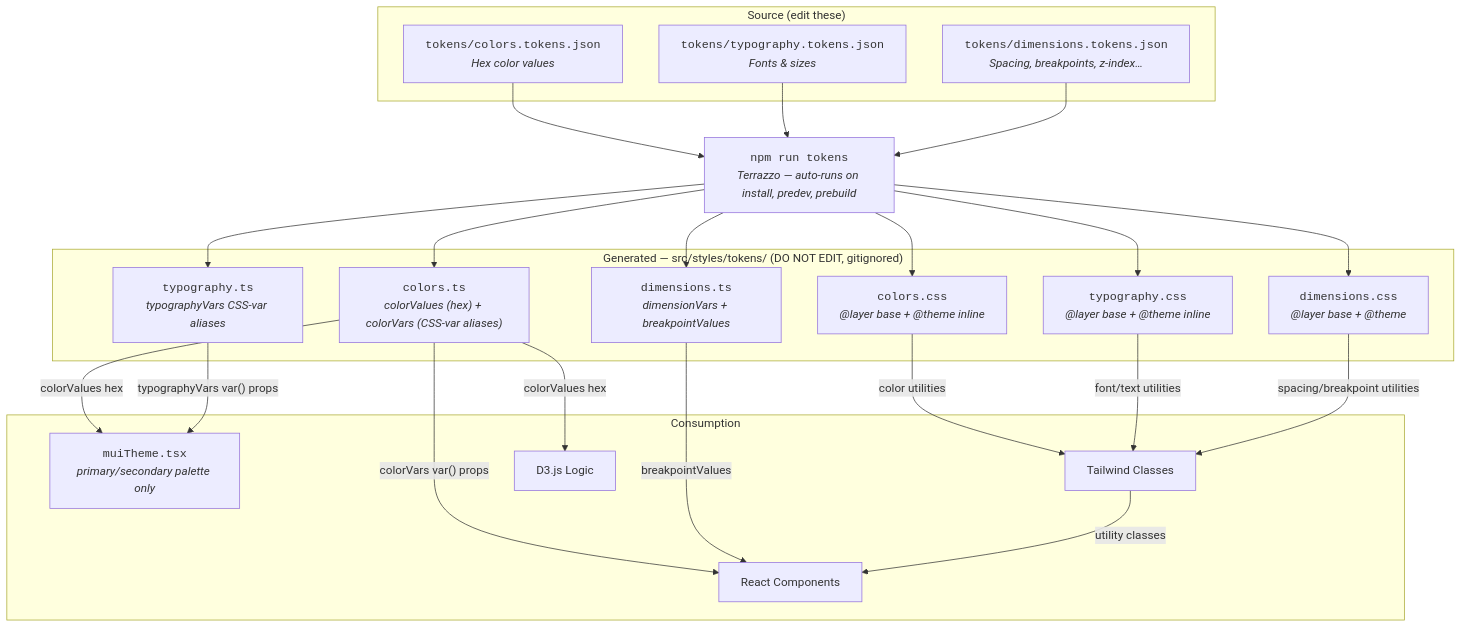
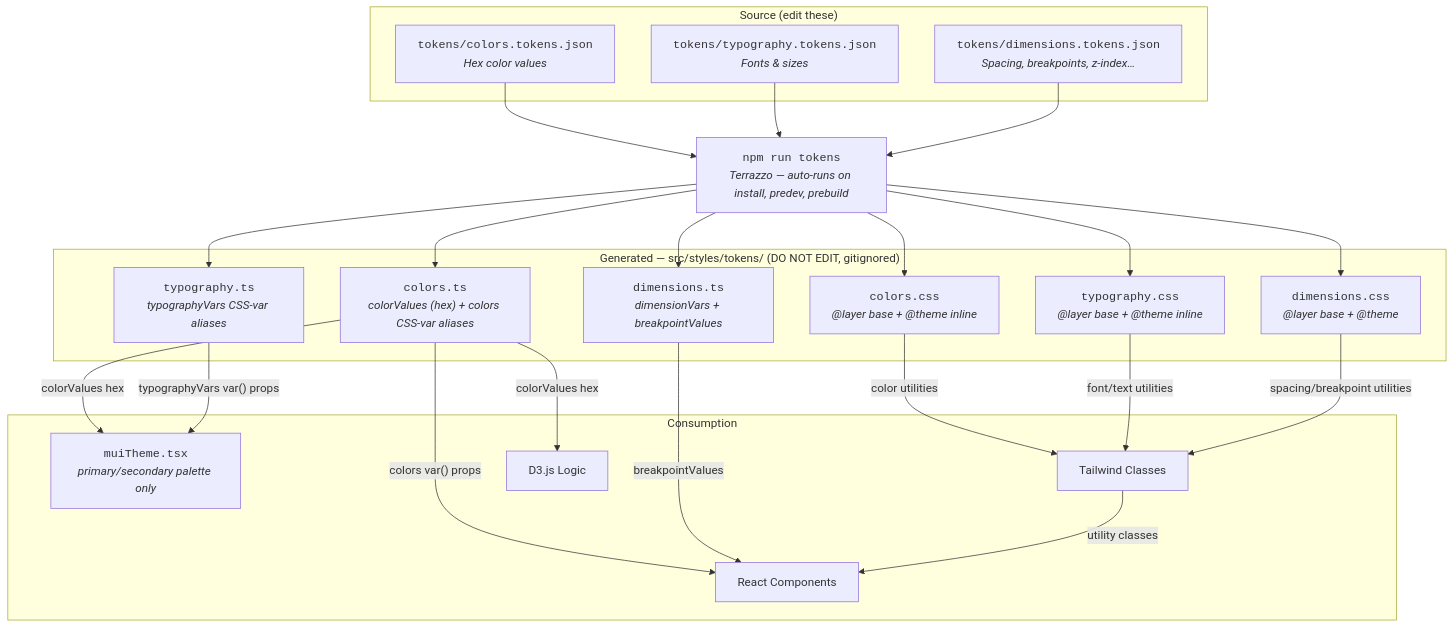
One commit to SatcherInstitute/health-equity-tracker changed the diagram in README.md. Above: the diagram before and after it, drawn with Mermaid. The commit also changed other lines of this file and 1 other file, not shown here.

Commit message:
docs: update colorVars -> colors in CLAUDE.md and README

````diff
--- a/README.md
+++ b/README.md
@@ -268,45 +268,45 @@
 ```mermaid
 flowchart TD
     %% Source Layer
     subgraph Source["Source (edit these)"]
         CT["<code>tokens/colors.tokens.json</code><br/><i>Hex color values</i>"]
         TT["<code>tokens/typography.tokens.json</code><br/><i>Fonts &amp; sizes</i>"]
         DT["<code>tokens/dimensions.tokens.json</code><br/><i>Spacing, breakpoints, z-index…</i>"]
     end
 
     %% Build Step
     BUILD["<code>npm run tokens</code><br/><i>Terrazzo — auto-runs on install, predev, prebuild</i>"]
 
     %% Generated Layer
     subgraph Generated["Generated — src/styles/tokens/ (DO NOT EDIT, gitignored)"]
-        COLORS_TS["<code>colors.ts</code><br/><i>colorValues (hex) + colorVars (CSS-var aliases)</i>"]
+        COLORS_TS["<code>colors.ts</code><br/><i>colorValues (hex) + colors CSS-var aliases</i>"]
         COLORS_CSS["<code>colors.css</code><br/><i>@layer base + @theme inline</i>"]
         TYPO_TS["<code>typography.ts</code><br/><i>typographyVars CSS-var aliases</i>"]
         TYPO_CSS["<code>typography.css</code><br/><i>@layer base + @theme inline</i>"]
         DIM_TS["<code>dimensions.ts</code><br/><i>dimensionVars + breakpointValues</i>"]
         DIM_CSS["<code>dimensions.css</code><br/><i>@layer base + @theme</i>"]
     end
 
     %% Consumption Layer
     subgraph Consumption
         MUI_T["<code>muiTheme.tsx</code><br/><i>primary/secondary palette only</i>"]
         TW["Tailwind Classes"]
         D3["D3.js Logic"]
         REACT["React Components"]
     end
 
     CT --> BUILD
     TT --> BUILD
     DT --> BUILD
     BUILD --> COLORS_TS & COLORS_CSS & TYPO_TS & TYPO_CSS & DIM_TS & DIM_CSS
 
     COLORS_TS -->|"colorValues hex"| MUI_T
     COLORS_TS -->|"colorValues hex"| D3
-    COLORS_TS -->|"colorVars var() props"| REACT
+    COLORS_TS -->|"colors var() props"| REACT
     COLORS_CSS -->|"color utilities"| TW
     TYPO_TS -->|"typographyVars var() props"| MUI_T
     TYPO_CSS -->|"font/text utilities"| TW
     DIM_TS -->|"breakpointValues"| REACT
     DIM_CSS -->|"spacing/breakpoint utilities"| TW
     TW -->|"utility classes"| REACT
 ```
````
